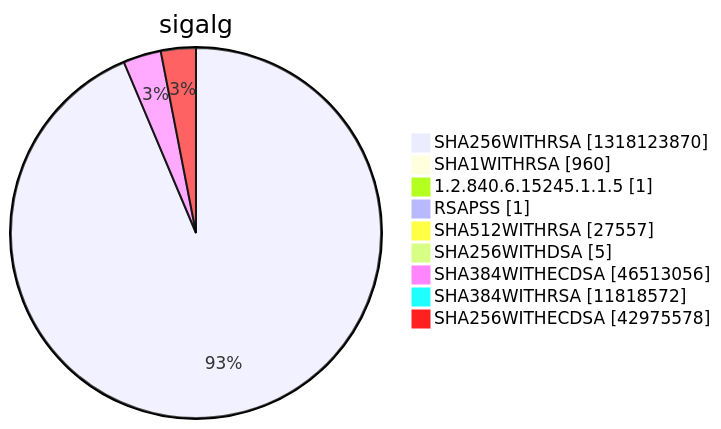
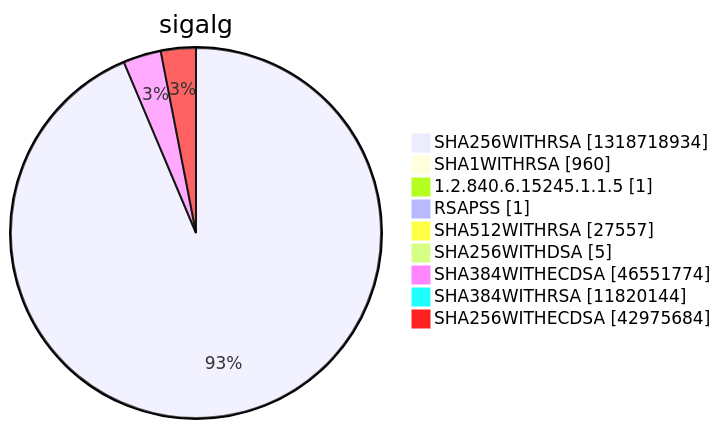
Before and after one commit to christiankrug/ctmonitor_visualization: diagram 15 of 15 in argon2022/README.md, drawn with Mermaid. The commit also changed other lines of this file, not shown here.

````diff
--- a/argon2022/README.md
+++ b/argon2022/README.md
@@ -5524,13 +5524,13 @@
 ```mermaid
 pie showData
 title sigalg
-"SHA256WITHRSA" :1318123870
+"SHA256WITHRSA" :1318718934
 "SHA1WITHRSA" :960
 "1.2.840.6.15245.1.1.5" :1
 "RSAPSS" :1
 "SHA512WITHRSA" :27557
 "SHA256WITHDSA" :5
-"SHA384WITHECDSA" :46513056
-"SHA384WITHRSA" :11818572
-"SHA256WITHECDSA" :42975578
+"SHA384WITHECDSA" :46551774
+"SHA384WITHRSA" :11820144
+"SHA256WITHECDSA" :42975684
 ```
````
